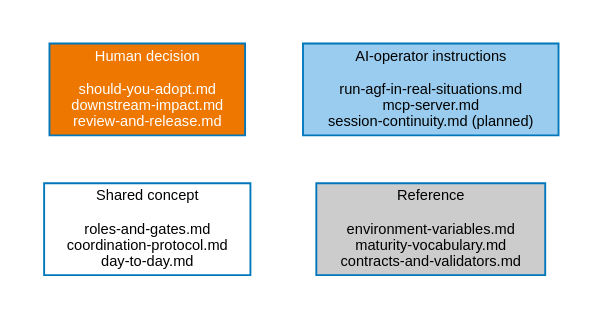
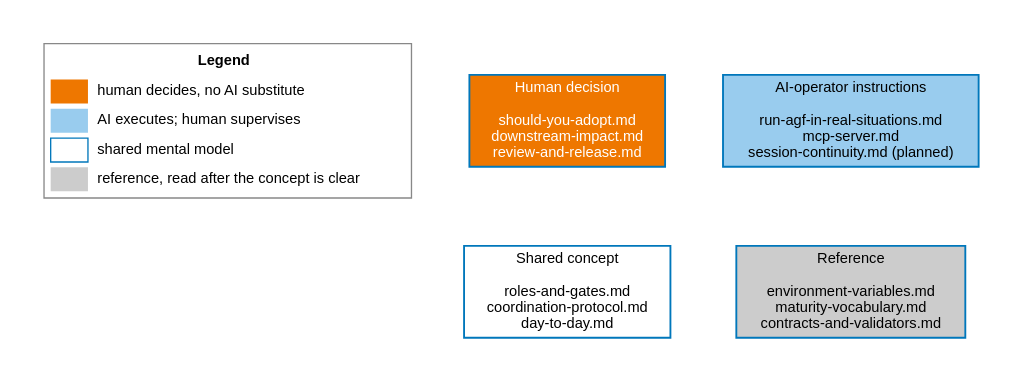
Before and after one commit to janipaijanen/agf-mirror: the diagram in agf/docs/figures/src/docs-audience-map.dot, drawn with Graphviz. The commit also changed 4 other files, not shown here.

Commit message:
docs: keep diagram legends semantic

```diff
--- a/agf/docs/figures/src/docs-audience-map.dot
+++ b/agf/docs/figures/src/docs-audience-map.dot
@@ -1,27 +1,39 @@
 // SPDX-License-Identifier: CC-BY-SA-4.0
 // agents-govern: documentation map by audience and use
 // Generate: dot -Tsvg docs-audience-map.dot -o ../docs-audience-map.svg
 digraph docs_audience_map {
     graph [rankdir=TB, splines=spline, pad=0.35, nodesep=0.6, ranksep=0.5,
            bgcolor=white, fontname="Helvetica", fontsize=12, compound=true]
     node  [fontname="Helvetica", fontsize=11, style=filled, shape=box,
            fillcolor=white, color="#0077BB", penwidth=1.4]
-    edge  [style=invis]
+    edge  [fontname="Helvetica", fontsize=10, color="#888888", penwidth=1.2,
+           style=invis]
+
+    legend [shape=plain, label=<
+        <TABLE BORDER="1" CELLBORDER="0" CELLSPACING="4" CELLPADDING="3" COLOR="#888888" BGCOLOR="white">
+            <TR><TD COLSPAN="2"><B>Legend</B></TD></TR>
+            <TR><TD BGCOLOR="#EE7700" WIDTH="28"></TD><TD ALIGN="LEFT">human decides, no AI substitute</TD></TR>
+            <TR><TD BGCOLOR="#99CCEE" WIDTH="28"></TD><TD ALIGN="LEFT">AI executes; human supervises</TD></TR>
+            <TR><TD BORDER="1" COLOR="#0077BB" WIDTH="28"></TD><TD ALIGN="LEFT">shared mental model</TD></TR>
+            <TR><TD BGCOLOR="#CCCCCC" WIDTH="28"></TD><TD ALIGN="LEFT">reference, read after the concept is clear</TD></TR>
+        </TABLE>
+    >]
 
     human [shape=box, fillcolor="#EE7700", fontcolor=white, label=
         "Human decision\n\nshould-you-adopt.md\ndownstream-impact.md\nreview-and-release.md"]
 
     ai [shape=box, fillcolor="#99CCEE", label=
         "AI-operator instructions\n\nrun-agf-in-real-situations.md\nmcp-server.md\nsession-continuity.md (planned)"]
 
     concept [shape=box, fillcolor=white, color="#0077BB", label=
         "Shared concept\n\nroles-and-gates.md\ncoordination-protocol.md\nday-to-day.md"]
 
     reference [shape=box, fillcolor="#CCCCCC", label=
         "Reference\n\nenvironment-variables.md\nmaturity-vocabulary.md\ncontracts-and-validators.md"]
 
-    {rank=same; human; ai}
+    {rank=same; legend; human; ai}
     {rank=same; concept; reference}
+    legend -> human
     human -> concept
     ai -> reference
 }
```
